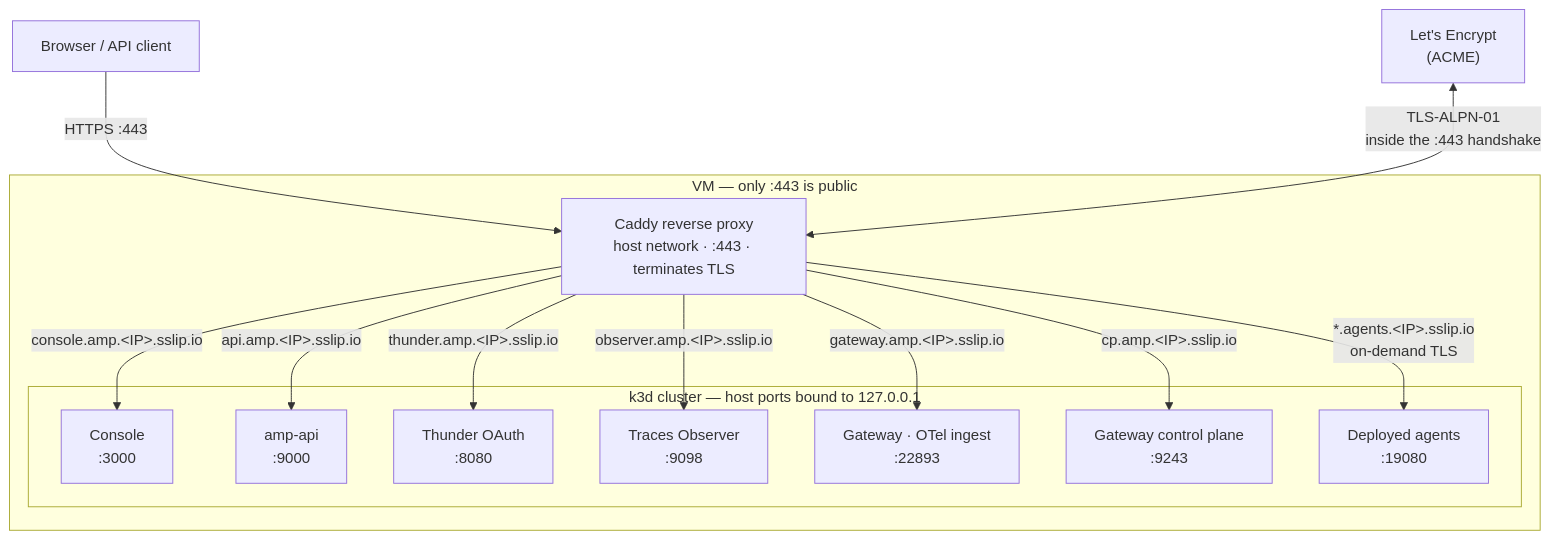
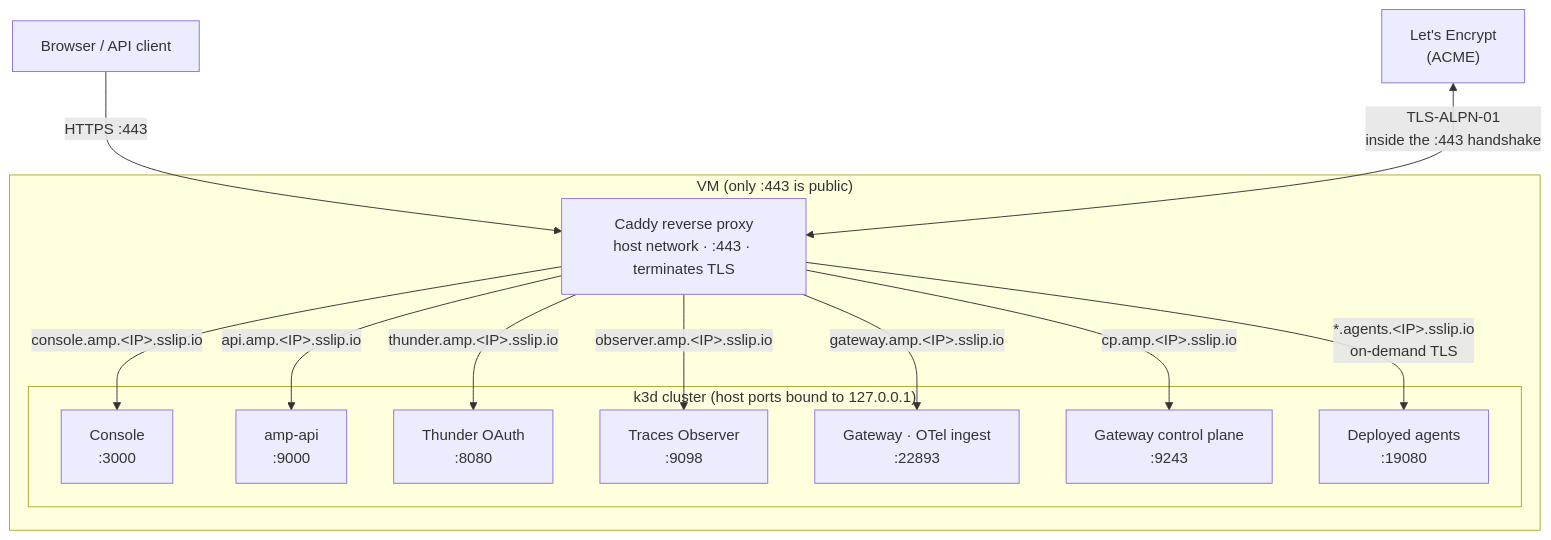
The first of 2 diagrams in docs/getting-started/on-a-vm.mdx (IsuruVithanage/docs-agent-platform), drawn with Mermaid before and after one commit. The commit also changed other lines of this file, not shown here.

````diff
--- a/docs/getting-started/on-a-vm.mdx
+++ b/docs/getting-started/on-a-vm.mdx
@@ -73,29 +73,29 @@
 ```mermaid
 flowchart TB
     browser["Browser / API client"]
     le["Let's Encrypt<br/>(ACME)"]
 
-    subgraph vm["VM — only :443 is public"]
+    subgraph vm["VM (only :443 is public)"]
         caddy["Caddy reverse proxy<br/>host network · :443 · terminates TLS"]
 
-        subgraph k3d["k3d cluster — host ports bound to 127.0.0.1"]
+        subgraph k3d["k3d cluster (host ports bound to 127.0.0.1)"]
             console["Console<br/>:3000"]
             api["amp-api<br/>:9000"]
             thunder["Thunder OAuth<br/>:8080"]
             observer["Traces Observer<br/>:9098"]
             gw["Gateway · OTel ingest<br/>:22893"]
             cp["Gateway control plane<br/>:9243"]
             agents["Deployed agents<br/>:19080"]
         end
     end
 
     browser -->|"HTTPS :443"| caddy
     le <-->|"TLS-ALPN-01<br/>inside the :443 handshake"| caddy
     caddy -->|"console.amp.&lt;IP&gt;.sslip.io"| console
     caddy -->|"api.amp.&lt;IP&gt;.sslip.io"| api
     caddy -->|"thunder.amp.&lt;IP&gt;.sslip.io"| thunder
     caddy -->|"observer.amp.&lt;IP&gt;.sslip.io"| observer
     caddy -->|"gateway.amp.&lt;IP&gt;.sslip.io"| gw
     caddy -->|"cp.amp.&lt;IP&gt;.sslip.io"| cp
     caddy -->|"*.agents.&lt;IP&gt;.sslip.io<br/>on-demand TLS"| agents
 ```
````
